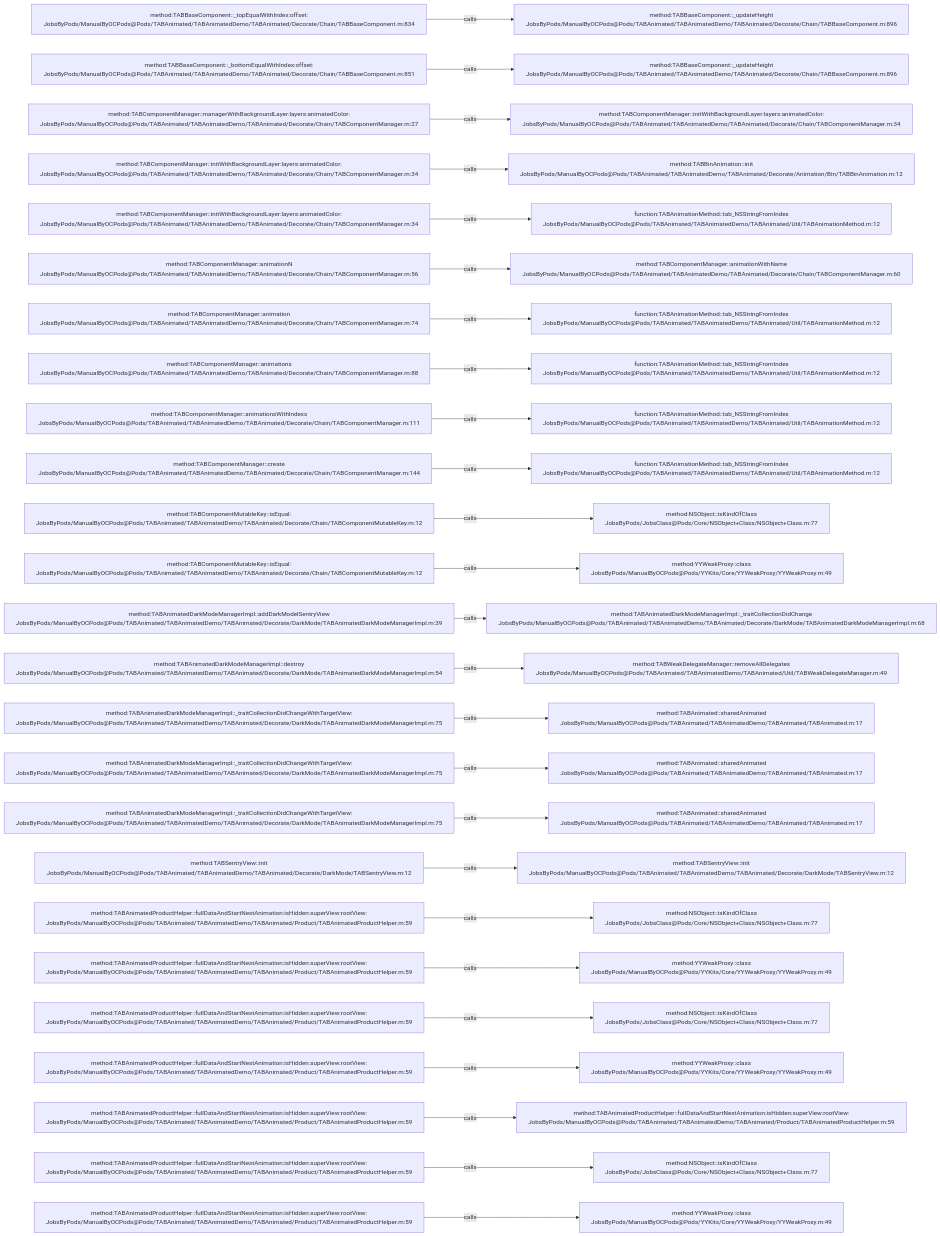
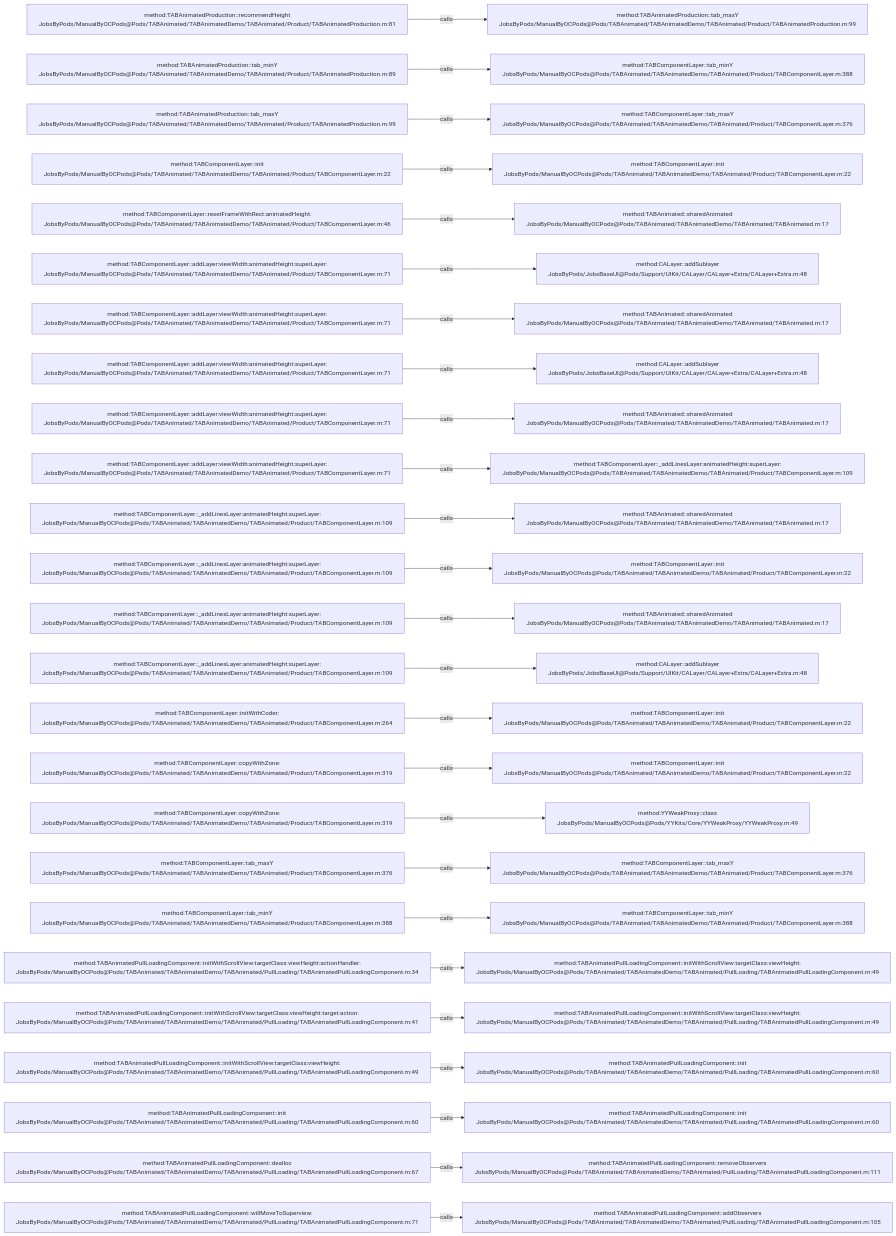
One commit to JobsKits/JobsOCBaseConfigDemo changed the diagram in .codegraph/codegraph.md/graphs/calls-030.md. Above: the diagram before and after it, drawn with Mermaid. The commit also changed 1448 other files, not shown here.

````diff
--- a/.codegraph/codegraph.md/graphs/calls-030.md
+++ b/.codegraph/codegraph.md/graphs/calls-030.md
@@ -13,78 +13,78 @@
 ```mermaid
 flowchart LR
-  S1["method:TABBaseComponent::_topEqualWithIndex:offset:<br/>JobsByPods/ManualByOCPods@Pods/TABAnimated/TABAnimatedDemo/TABAnimated/Decorate/Chain/TABBaseComponent.m:834"]
-  T1["method:TABBaseComponent::_updateHeight<br/>JobsByPods/ManualByOCPods@Pods/TABAnimated/TABAnimatedDemo/TABAnimated/Decorate/Chain/TABBaseComponent.m:896"]
+  S1["method:TABAnimatedProduction::recommendHeight<br/>JobsByPods/ManualByOCPods@Pods/TABAnimated/TABAnimatedDemo/TABAnimated/Product/TABAnimatedProduction.m:81"]
+  T1["method:TABAnimatedProduction::tab_maxY<br/>JobsByPods/ManualByOCPods@Pods/TABAnimated/TABAnimatedDemo/TABAnimated/Product/TABAnimatedProduction.m:99"]
   S1 -->|calls| T1
-  S2["method:TABBaseComponent::_bottomEqualWithIndex:offset:<br/>JobsByPods/ManualByOCPods@Pods/TABAnimated/TABAnimatedDemo/TABAnimated/Decorate/Chain/TABBaseComponent.m:851"]
-  T2["method:TABBaseComponent::_updateHeight<br/>JobsByPods/ManualByOCPods@Pods/TABAnimated/TABAnimatedDemo/TABAnimated/Decorate/Chain/TABBaseComponent.m:896"]
+  S2["method:TABAnimatedProduction::tab_minY<br/>JobsByPods/ManualByOCPods@Pods/TABAnimated/TABAnimatedDemo/TABAnimated/Product/TABAnimatedProduction.m:89"]
+  T2["method:TABComponentLayer::tab_minY<br/>JobsByPods/ManualByOCPods@Pods/TABAnimated/TABAnimatedDemo/TABAnimated/Product/TABComponentLayer.m:388"]
   S2 -->|calls| T2
-  S3["method:TABComponentManager::managerWithBackgroundLayer:layers:animatedColor:<br/>JobsByPods/ManualByOCPods@Pods/TABAnimated/TABAnimatedDemo/TABAnimated/Decorate/Chain/TABComponentManager.m:27"]
-  T3["method:TABComponentManager::initWithBackgroundLayer:layers:animatedColor:<br/>JobsByPods/ManualByOCPods@Pods/TABAnimated/TABAnimatedDemo/TABAnimated/Decorate/Chain/TABComponentManager.m:34"]
+  S3["method:TABAnimatedProduction::tab_maxY<br/>JobsByPods/ManualByOCPods@Pods/TABAnimated/TABAnimatedDemo/TABAnimated/Product/TABAnimatedProduction.m:99"]
+  T3["method:TABComponentLayer::tab_maxY<br/>JobsByPods/ManualByOCPods@Pods/TABAnimated/TABAnimatedDemo/TABAnimated/Product/TABComponentLayer.m:376"]
   S3 -->|calls| T3
-  S4["method:TABComponentManager::initWithBackgroundLayer:layers:animatedColor:<br/>JobsByPods/ManualByOCPods@Pods/TABAnimated/TABAnimatedDemo/TABAnimated/Decorate/Chain/TABComponentManager.m:34"]
-  T4["method:TABBinAnimation::init<br/>JobsByPods/ManualByOCPods@Pods/TABAnimated/TABAnimatedDemo/TABAnimated/Decorate/Animation/Bin/TABBinAnimation.m:12"]
+  S4["method:TABComponentLayer::init<br/>JobsByPods/ManualByOCPods@Pods/TABAnimated/TABAnimatedDemo/TABAnimated/Product/TABComponentLayer.m:22"]
+  T4["method:TABComponentLayer::init<br/>JobsByPods/ManualByOCPods@Pods/TABAnimated/TABAnimatedDemo/TABAnimated/Product/TABComponentLayer.m:22"]
   S4 -->|calls| T4
-  S5["method:TABComponentManager::initWithBackgroundLayer:layers:animatedColor:<br/>JobsByPods/ManualByOCPods@Pods/TABAnimated/TABAnimatedDemo/TABAnimated/Decorate/Chain/TABComponentManager.m:34"]
-  T5["function:TABAnimationMethod::tab_NSStringFromIndex<br/>JobsByPods/ManualByOCPods@Pods/TABAnimated/TABAnimatedDemo/TABAnimated/Util/TABAnimationMethod.m:12"]
+  S5["method:TABComponentLayer::resetFrameWithRect:animatedHeight:<br/>JobsByPods/ManualByOCPods@Pods/TABAnimated/TABAnimatedDemo/TABAnimated/Product/TABComponentLayer.m:46"]
+  T5["method:TABAnimated::sharedAnimated<br/>JobsByPods/ManualByOCPods@Pods/TABAnimated/TABAnimatedDemo/TABAnimated/TABAnimated.m:17"]
   S5 -->|calls| T5
-  S6["method:TABComponentManager::animationN<br/>JobsByPods/ManualByOCPods@Pods/TABAnimated/TABAnimatedDemo/TABAnimated/Decorate/Chain/TABComponentManager.m:56"]
-  T6["method:TABComponentManager::animationWithName<br/>JobsByPods/ManualByOCPods@Pods/TABAnimated/TABAnimatedDemo/TABAnimated/Decorate/Chain/TABComponentManager.m:60"]
+  S6["method:TABComponentLayer::addLayer:viewWidth:animatedHeight:superLayer:<br/>JobsByPods/ManualByOCPods@Pods/TABAnimated/TABAnimatedDemo/TABAnimated/Product/TABComponentLayer.m:71"]
+  T6["method:CALayer::addSublayer<br/>JobsByPods/JobsBaseUI@Pods/Support/UIKit/CALayer/CALayer+Extra/CALayer+Extra.m:48"]
   S6 -->|calls| T6
-  S7["method:TABComponentManager::animation<br/>JobsByPods/ManualByOCPods@Pods/TABAnimated/TABAnimatedDemo/TABAnimated/Decorate/Chain/TABComponentManager.m:74"]
-  T7["function:TABAnimationMethod::tab_NSStringFromIndex<br/>JobsByPods/ManualByOCPods@Pods/TABAnimated/TABAnimatedDemo/TABAnimated/Util/TABAnimationMethod.m:12"]
+  S7["method:TABComponentLayer::addLayer:viewWidth:animatedHeight:superLayer:<br/>JobsByPods/ManualByOCPods@Pods/TABAnimated/TABAnimatedDemo/TABAnimated/Product/TABComponentLayer.m:71"]
+  T7["method:TABAnimated::sharedAnimated<br/>JobsByPods/ManualByOCPods@Pods/TABAnimated/TABAnimatedDemo/TABAnimated/TABAnimated.m:17"]
   S7 -->|calls| T7
-  S8["method:TABComponentManager::animations<br/>JobsByPods/ManualByOCPods@Pods/TABAnimated/TABAnimatedDemo/TABAnimated/Decorate/Chain/TABComponentManager.m:88"]
-  T8["function:TABAnimationMethod::tab_NSStringFromIndex<br/>JobsByPods/ManualByOCPods@Pods/TABAnimated/TABAnimatedDemo/TABAnimated/Util/TABAnimationMethod.m:12"]
+  S8["method:TABComponentLayer::addLayer:viewWidth:animatedHeight:superLayer:<br/>JobsByPods/ManualByOCPods@Pods/TABAnimated/TABAnimatedDemo/TABAnimated/Product/TABComponentLayer.m:71"]
+  T8["method:CALayer::addSublayer<br/>JobsByPods/JobsBaseUI@Pods/Support/UIKit/CALayer/CALayer+Extra/CALayer+Extra.m:48"]
   S8 -->|calls| T8
-  S9["method:TABComponentManager::animationsWithIndexs<br/>JobsByPods/ManualByOCPods@Pods/TABAnimated/TABAnimatedDemo/TABAnimated/Decorate/Chain/TABComponentManager.m:111"]
-  T9["function:TABAnimationMethod::tab_NSStringFromIndex<br/>JobsByPods/ManualByOCPods@Pods/TABAnimated/TABAnimatedDemo/TABAnimated/Util/TABAnimationMethod.m:12"]
+  S9["method:TABComponentLayer::addLayer:viewWidth:animatedHeight:superLayer:<br/>JobsByPods/ManualByOCPods@Pods/TABAnimated/TABAnimatedDemo/TABAnimated/Product/TABComponentLayer.m:71"]
+  T9["method:TABAnimated::sharedAnimated<br/>JobsByPods/ManualByOCPods@Pods/TABAnimated/TABAnimatedDemo/TABAnimated/TABAnimated.m:17"]
   S9 -->|calls| T9
-  S10["method:TABComponentManager::create<br/>JobsByPods/ManualByOCPods@Pods/TABAnimated/TABAnimatedDemo/TABAnimated/Decorate/Chain/TABComponentManager.m:144"]
-  T10["function:TABAnimationMethod::tab_NSStringFromIndex<br/>JobsByPods/ManualByOCPods@Pods/TABAnimated/TABAnimatedDemo/TABAnimated/Util/TABAnimationMethod.m:12"]
+  S10["method:TABComponentLayer::addLayer:viewWidth:animatedHeight:superLayer:<br/>JobsByPods/ManualByOCPods@Pods/TABAnimated/TABAnimatedDemo/TABAnimated/Product/TABComponentLayer.m:71"]
+  T10["method:TABComponentLayer::_addLinesLayer:animatedHeight:superLayer:<br/>JobsByPods/ManualByOCPods@Pods/TABAnimated/TABAnimatedDemo/TABAnimated/Product/TABComponentLayer.m:109"]
   S10 -->|calls| T10
-  S11["method:TABComponentMutableKey::isEqual:<br/>JobsByPods/ManualByOCPods@Pods/TABAnimated/TABAnimatedDemo/TABAnimated/Decorate/Chain/TABComponentMutableKey.m:12"]
-  T11["method:NSObject::isKindOfClass<br/>JobsByPods/JobsClass@Pods/Core/NSObject+Class/NSObject+Class.m:77"]
+  S11["method:TABComponentLayer::_addLinesLayer:animatedHeight:superLayer:<br/>JobsByPods/ManualByOCPods@Pods/TABAnimated/TABAnimatedDemo/TABAnimated/Product/TABComponentLayer.m:109"]
+  T11["method:TABAnimated::sharedAnimated<br/>JobsByPods/ManualByOCPods@Pods/TABAnimated/TABAnimatedDemo/TABAnimated/TABAnimated.m:17"]
   S11 -->|calls| T11
-  S12["method:TABComponentMutableKey::isEqual:<br/>JobsByPods/ManualByOCPods@Pods/TABAnimated/TABAnimatedDemo/TABAnimated/Decorate/Chain/TABComponentMutableKey.m:12"]
-  T12["method:YYWeakProxy::class<br/>JobsByPods/ManualByOCPods@Pods/YYKits/Core/YYWeakProxy/YYWeakProxy.m:49"]
+  S12["method:TABComponentLayer::_addLinesLayer:animatedHeight:superLayer:<br/>JobsByPods/ManualByOCPods@Pods/TABAnimated/TABAnimatedDemo/TABAnimated/Product/TABComponentLayer.m:109"]
+  T12["method:TABComponentLayer::init<br/>JobsByPods/ManualByOCPods@Pods/TABAnimated/TABAnimatedDemo/TABAnimated/Product/TABComponentLayer.m:22"]
   S12 -->|calls| T12
-  S13["method:TABAnimatedDarkModeManagerImpl::addDarkModelSentryView<br/>JobsByPods/ManualByOCPods@Pods/TABAnimated/TABAnimatedDemo/TABAnimated/Decorate/DarkMode/TABAnimatedDarkModeManagerImpl.m:39"]
-  T13["method:TABAnimatedDarkModeManagerImpl::_traitCollectionDidChange<br/>JobsByPods/ManualByOCPods@Pods/TABAnimated/TABAnimatedDemo/TABAnimated/Decorate/DarkMode/TABAnimatedDarkModeManagerImpl.m:68"]
+  S13["method:TABComponentLayer::_addLinesLayer:animatedHeight:superLayer:<br/>JobsByPods/ManualByOCPods@Pods/TABAnimated/TABAnimatedDemo/TABAnimated/Product/TABComponentLayer.m:109"]
+  T13["method:TABAnimated::sharedAnimated<br/>JobsByPods/ManualByOCPods@Pods/TABAnimated/TABAnimatedDemo/TABAnimated/TABAnimated.m:17"]
   S13 -->|calls| T13
-  S14["method:TABAnimatedDarkModeManagerImpl::destroy<br/>JobsByPods/ManualByOCPods@Pods/TABAnimated/TABAnimatedDemo/TABAnimated/Decorate/DarkMode/TABAnimatedDarkModeManagerImpl.m:54"]
-  T14["method:TABWeakDelegateManager::removeAllDelegates<br/>JobsByPods/ManualByOCPods@Pods/TABAnimated/TABAnimatedDemo/TABAnimated/Util/TABWeakDelegateManager.m:49"]
+  S14["method:TABComponentLayer::_addLinesLayer:animatedHeight:superLayer:<br/>JobsByPods/ManualByOCPods@Pods/TABAnimated/TABAnimatedDemo/TABAnimated/Product/TABComponentLayer.m:109"]
+  T14["method:CALayer::addSublayer<br/>JobsByPods/JobsBaseUI@Pods/Support/UIKit/CALayer/CALayer+Extra/CALayer+Extra.m:48"]
   S14 -->|calls| T14
-  S15["method:TABAnimatedDarkModeManagerImpl::_traitCollectionDidChangeWithTargetView:<br/>JobsByPods/ManualByOCPods@Pods/TABAnimated/TABAnimatedDemo/TABAnimated/Decorate/DarkMode/TABAnimatedDarkModeManagerImpl.m:75"]
-  T15["method:TABAnimated::sharedAnimated<br/>JobsByPods/ManualByOCPods@Pods/TABAnimated/TABAnimatedDemo/TABAnimated/TABAnimated.m:17"]
+  S15["method:TABComponentLayer::initWithCoder:<br/>JobsByPods/ManualByOCPods@Pods/TABAnimated/TABAnimatedDemo/TABAnimated/Product/TABComponentLayer.m:264"]
+  T15["method:TABComponentLayer::init<br/>JobsByPods/ManualByOCPods@Pods/TABAnimated/TABAnimatedDemo/TABAnimated/Product/TABComponentLayer.m:22"]
   S15 -->|calls| T15
-  S16["method:TABAnimatedDarkModeManagerImpl::_traitCollectionDidChangeWithTargetView:<br/>JobsByPods/ManualByOCPods@Pods/TABAnimated/TABAnimatedDemo/TABAnimated/Decorate/DarkMode/TABAnimatedDarkModeManagerImpl.m:75"]
-  T16["method:TABAnimated::sharedAnimated<br/>JobsByPods/ManualByOCPods@Pods/TABAnimated/TABAnimatedDemo/TABAnimated/TABAnimated.m:17"]
+  S16["method:TABComponentLayer::copyWithZone:<br/>JobsByPods/ManualByOCPods@Pods/TABAnimated/TABAnimatedDemo/TABAnimated/Product/TABComponentLayer.m:319"]
+  T16["method:TABComponentLayer::init<br/>JobsByPods/ManualByOCPods@Pods/TABAnimated/TABAnimatedDemo/TABAnimated/Product/TABComponentLayer.m:22"]
   S16 -->|calls| T16
-  S17["method:TABAnimatedDarkModeManagerImpl::_traitCollectionDidChangeWithTargetView:<br/>JobsByPods/ManualByOCPods@Pods/TABAnimated/TABAnimatedDemo/TABAnimated/Decorate/DarkMode/TABAnimatedDarkModeManagerImpl.m:75"]
-  T17["method:TABAnimated::sharedAnimated<br/>JobsByPods/ManualByOCPods@Pods/TABAnimated/TABAnimatedDemo/TABAnimated/TABAnimated.m:17"]
+  S17["method:TABComponentLayer::copyWithZone:<br/>JobsByPods/ManualByOCPods@Pods/TABAnimated/TABAnimatedDemo/TABAnimated/Product/TABComponentLayer.m:319"]
+  T17["method:YYWeakProxy::class<br/>JobsByPods/ManualByOCPods@Pods/YYKits/Core/YYWeakProxy/YYWeakProxy.m:49"]
   S17 -->|calls| T17
-  S18["method:TABSentryView::init<br/>JobsByPods/ManualByOCPods@Pods/TABAnimated/TABAnimatedDemo/TABAnimated/Decorate/DarkMode/TABSentryView.m:12"]
-  T18["method:TABSentryView::init<br/>JobsByPods/ManualByOCPods@Pods/TABAnimated/TABAnimatedDemo/TABAnimated/Decorate/DarkMode/TABSentryView.m:12"]
+  S18["method:TABComponentLayer::tab_maxY<br/>JobsByPods/ManualByOCPods@Pods/TABAnimated/TABAnimatedDemo/TABAnimated/Product/TABComponentLayer.m:376"]
+  T18["method:TABComponentLayer::tab_maxY<br/>JobsByPods/ManualByOCPods@Pods/TABAnimated/TABAnimatedDemo/TABAnimated/Product/TABComponentLayer.m:376"]
   S18 -->|calls| T18
-  S19["method:TABAnimatedProductHelper::fullDataAndStartNestAnimation:isHidden:superView:rootView:<br/>JobsByPods/ManualByOCPods@Pods/TABAnimated/TABAnimatedDemo/TABAnimated/Product/TABAnimatedProductHelper.m:59"]
-  T19["method:NSObject::isKindOfClass<br/>JobsByPods/JobsClass@Pods/Core/NSObject+Class/NSObject+Class.m:77"]
+  S19["method:TABComponentLayer::tab_minY<br/>JobsByPods/ManualByOCPods@Pods/TABAnimated/TABAnimatedDemo/TABAnimated/Product/TABComponentLayer.m:388"]
+  T19["method:TABComponentLayer::tab_minY<br/>JobsByPods/ManualByOCPods@Pods/TABAnimated/TABAnimatedDemo/TABAnimated/Product/TABComponentLayer.m:388"]
   S19 -->|calls| T19
-  S20["method:TABAnimatedProductHelper::fullDataAndStartNestAnimation:isHidden:superView:rootView:<br/>JobsByPods/ManualByOCPods@Pods/TABAnimated/TABAnimatedDemo/TABAnimated/Product/TABAnimatedProductHelper.m:59"]
-  T20["method:YYWeakProxy::class<br/>JobsByPods/ManualByOCPods@Pods/YYKits/Core/YYWeakProxy/YYWeakProxy.m:49"]
+  S20["method:TABAnimatedPullLoadingComponent::initWithScrollView:targetClass:viewHeight:actionHandler:<br/>JobsByPods/ManualByOCPods@Pods/TABAnimated/TABAnimatedDemo/TABAnimated/PullLoading/TABAnimatedPullLoadingComponent.m:34"]
+  T20["method:TABAnimatedPullLoadingComponent::initWithScrollView:targetClass:viewHeight:<br/>JobsByPods/ManualByOCPods@Pods/TABAnimated/TABAnimatedDemo/TABAnimated/PullLoading/TABAnimatedPullLoadingComponent.m:49"]
   S20 -->|calls| T20
-  S21["method:TABAnimatedProductHelper::fullDataAndStartNestAnimation:isHidden:superView:rootView:<br/>JobsByPods/ManualByOCPods@Pods/TABAnimated/TABAnimatedDemo/TABAnimated/Product/TABAnimatedProductHelper.m:59"]
-  T21["method:NSObject::isKindOfClass<br/>JobsByPods/JobsClass@Pods/Core/NSObject+Class/NSObject+Class.m:77"]
+  S21["method:TABAnimatedPullLoadingComponent::initWithScrollView:targetClass:viewHeight:target:action:<br/>JobsByPods/ManualByOCPods@Pods/TABAnimated/TABAnimatedDemo/TABAnimated/PullLoading/TABAnimatedPullLoadingComponent.m:41"]
+  T21["method:TABAnimatedPullLoadingComponent::initWithScrollView:targetClass:viewHeight:<br/>JobsByPods/ManualByOCPods@Pods/TABAnimated/TABAnimatedDemo/TABAnimated/PullLoading/TABAnimatedPullLoadingComponent.m:49"]
   S21 -->|calls| T21
-  S22["method:TABAnimatedProductHelper::fullDataAndStartNestAnimation:isHidden:superView:rootView:<br/>JobsByPods/ManualByOCPods@Pods/TABAnimated/TABAnimatedDemo/TABAnimated/Product/TABAnimatedProductHelper.m:59"]
-  T22["method:YYWeakProxy::class<br/>JobsByPods/ManualByOCPods@Pods/YYKits/Core/YYWeakProxy/YYWeakProxy.m:49"]
+  S22["method:TABAnimatedPullLoadingComponent::initWithScrollView:targetClass:viewHeight:<br/>JobsByPods/ManualByOCPods@Pods/TABAnimated/TABAnimatedDemo/TABAnimated/PullLoading/TABAnimatedPullLoadingComponent.m:49"]
+  T22["method:TABAnimatedPullLoadingComponent::init<br/>JobsByPods/ManualByOCPods@Pods/TABAnimated/TABAnimatedDemo/TABAnimated/PullLoading/TABAnimatedPullLoadingComponent.m:60"]
   S22 -->|calls| T22
-  S23["method:TABAnimatedProductHelper::fullDataAndStartNestAnimation:isHidden:superView:rootView:<br/>JobsByPods/ManualByOCPods@Pods/TABAnimated/TABAnimatedDemo/TABAnimated/Product/TABAnimatedProductHelper.m:59"]
-  T23["method:TABAnimatedProductHelper::fullDataAndStartNestAnimation:isHidden:superView:rootView:<br/>JobsByPods/ManualByOCPods@Pods/TABAnimated/TABAnimatedDemo/TABAnimated/Product/TABAnimatedProductHelper.m:59"]
+  S23["method:TABAnimatedPullLoadingComponent::init<br/>JobsByPods/ManualByOCPods@Pods/TABAnimated/TABAnimatedDemo/TABAnimated/PullLoading/TABAnimatedPullLoadingComponent.m:60"]
+  T23["method:TABAnimatedPullLoadingComponent::init<br/>JobsByPods/ManualByOCPods@Pods/TABAnimated/TABAnimatedDemo/TABAnimated/PullLoading/TABAnimatedPullLoadingComponent.m:60"]
   S23 -->|calls| T23
-  S24["method:TABAnimatedProductHelper::fullDataAndStartNestAnimation:isHidden:superView:rootView:<br/>JobsByPods/ManualByOCPods@Pods/TABAnimated/TABAnimatedDemo/TABAnimated/Product/TABAnimatedProductHelper.m:59"]
-  T24["method:NSObject::isKindOfClass<br/>JobsByPods/JobsClass@Pods/Core/NSObject+Class/NSObject+Class.m:77"]
+  S24["method:TABAnimatedPullLoadingComponent::dealloc<br/>JobsByPods/ManualByOCPods@Pods/TABAnimated/TABAnimatedDemo/TABAnimated/PullLoading/TABAnimatedPullLoadingComponent.m:67"]
+  T24["method:TABAnimatedPullLoadingComponent::removeObservers<br/>JobsByPods/ManualByOCPods@Pods/TABAnimated/TABAnimatedDemo/TABAnimated/PullLoading/TABAnimatedPullLoadingComponent.m:111"]
   S24 -->|calls| T24
-  S25["method:TABAnimatedProductHelper::fullDataAndStartNestAnimation:isHidden:superView:rootView:<br/>JobsByPods/ManualByOCPods@Pods/TABAnimated/TABAnimatedDemo/TABAnimated/Product/TABAnimatedProductHelper.m:59"]
-  T25["method:YYWeakProxy::class<br/>JobsByPods/ManualByOCPods@Pods/YYKits/Core/YYWeakProxy/YYWeakProxy.m:49"]
+  S25["method:TABAnimatedPullLoadingComponent::willMoveToSuperview:<br/>JobsByPods/ManualByOCPods@Pods/TABAnimated/TABAnimatedDemo/TABAnimated/PullLoading/TABAnimatedPullLoadingComponent.m:71"]
+  T25["method:TABAnimatedPullLoadingComponent::addObservers<br/>JobsByPods/ManualByOCPods@Pods/TABAnimated/TABAnimatedDemo/TABAnimated/PullLoading/TABAnimatedPullLoadingComponent.m:105"]
   S25 -->|calls| T25
 ```
````
